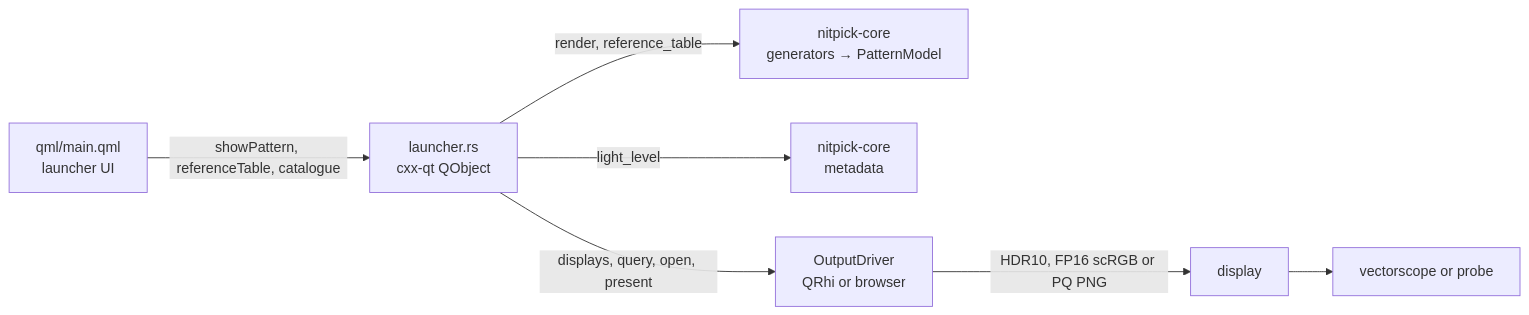
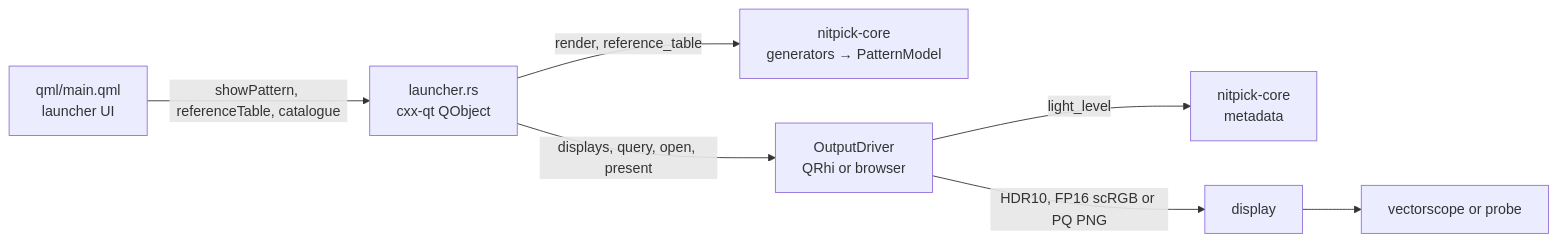
Before and after one commit to Jamesits/nitpick: the first of 2 diagrams in doc/design/test_patterns.md, drawn with Mermaid. The commit also changed other lines of this file and 5 other files, not shown here.

````diff
--- a/doc/design/test_patterns.md
+++ b/doc/design/test_patterns.md
@@ -15,8 +15,8 @@
 ```mermaid
 graph LR
     QML[qml/main.qml<br/>launcher UI] -->|showPattern, referenceTable, catalogue| L[launcher.rs<br/>cxx-qt QObject]
     L -->|render, reference_table| C[nitpick-core<br/>generators → PatternModel]
-    L -->|light_level| M[nitpick-core<br/>metadata]
     L -->|displays, query, open, present| D[OutputDriver<br/>QRhi or browser]
+    D -->|light_level| M[nitpick-core<br/>metadata]
     D -->|HDR10, FP16 scRGB or PQ PNG| Out[display] --> Scope[vectorscope or probe]
 ```
````
